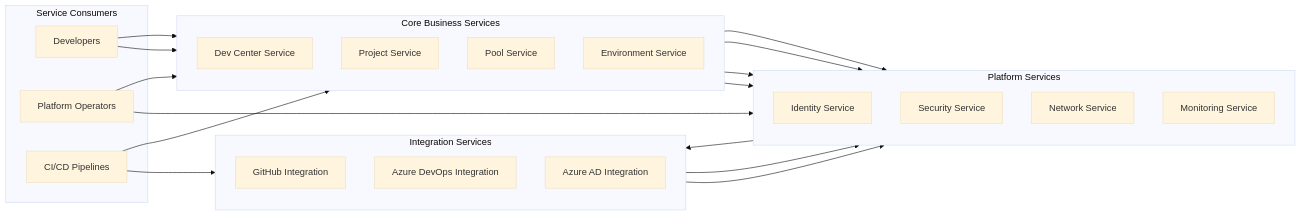
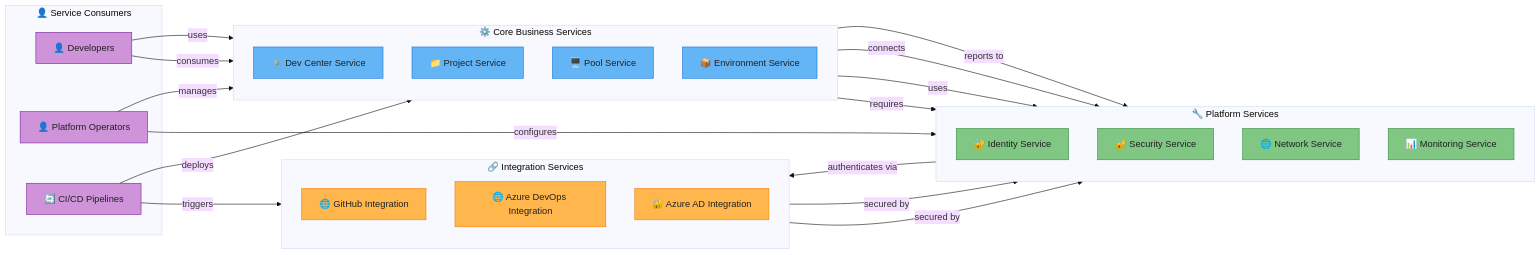
Before and after one commit to Evilazaro/DevExp-DevBox: the fourth of 5 diagrams in docs/architecture/Business.md, drawn with Mermaid (base theme). The commit also changed other lines of this file, not shown here.

Commit message:
docs: enhance Business Architecture diagrams with improved clarity, emoji labels, and Material Design styling

````diff
--- a/docs/architecture/Business.md
+++ b/docs/architecture/Business.md
@@ -284,47 +359,59 @@
 ```mermaid
 flowchart LR
-    subgraph Consumers["Service Consumers"]
-        DEV["Developers"]
-        OPS["Platform Operators"]
-        CICD["CI/CD Pipelines"]
+    direction LR
+
+    subgraph consumers["👤 Service Consumers"]
+        developers["👤 Developers"]
+        platformOps["👤 Platform Operators"]
+        cicdPipelines["🔄 CI/CD Pipelines"]
     end
 
-    subgraph CoreServices["Core Business Services"]
+    subgraph coreServices["⚙️ Core Business Services"]
         direction TB
-        DCS["Dev Center Service"]
-        PJS["Project Service"]
-        PBS["Pool Service"]
-        ENS["Environment Service"]
+        devCenterSvc["⚙️ Dev Center Service"]
+        projectSvc["📁 Project Service"]
+        poolSvc["🖥️ Pool Service"]
+        envSvc["📦 Environment Service"]
     end
 
-    subgraph PlatformServices["Platform Services"]
+    subgraph platformServices["🔧 Platform Services"]
         direction TB
-        IDS["Identity Service"]
-        SES["Security Service"]
-        NES["Network Service"]
-        MOS["Monitoring Service"]
+        identitySvc["🔐 Identity Service"]
+        securitySvc["🔐 Security Service"]
+        networkSvc["🌐 Network Service"]
+        monitoringSvc["📊 Monitoring Service"]
     end
 
-    subgraph IntegrationServices["Integration Services"]
+    subgraph integrationServices["🔗 Integration Services"]
         direction TB
-        GHS["GitHub Integration"]
-        ADS["Azure DevOps Integration"]
-        AAS["Azure AD Integration"]
+        githubIntegration["🌐 GitHub Integration"]
+        adoIntegration["🌐 Azure DevOps Integration"]
+        entraIdIntegration["🔐 Azure AD Integration"]
     end
 
-    DEV --> DCS
-    DEV --> PBS
-    OPS --> PJS
-    OPS --> SES
-    CICD --> ENS
-    CICD --> GHS
+    developers -->|"consumes"| devCenterSvc
+    developers -->|"uses"| poolSvc
+    platformOps -->|"manages"| projectSvc
+    platformOps -->|"configures"| securitySvc
+    cicdPipelines -->|"deploys"| envSvc
+    cicdPipelines -->|"triggers"| githubIntegration
 
-    DCS --> IDS
-    DCS --> SES
-    PJS --> NES
-    PBS --> MOS
+    devCenterSvc -->|"requires"| identitySvc
+    devCenterSvc -->|"uses"| securitySvc
+    projectSvc -->|"connects"| networkSvc
+    poolSvc -->|"reports to"| monitoringSvc
 
-    IDS --> AAS
-    GHS --> SES
-    ADS --> SES
+    identitySvc -->|"authenticates via"| entraIdIntegration
+    githubIntegration -->|"secured by"| securitySvc
+    adoIntegration -->|"secured by"| securitySvc
+
+    classDef consumer fill:#CE93D8,stroke:#7B1FA2,color:#212121
+    classDef coreSvc fill:#64B5F6,stroke:#1976D2,color:#212121
+    classDef platformSvc fill:#81C784,stroke:#388E3C,color:#212121
+    classDef integrationSvc fill:#FFB74D,stroke:#F57C00,color:#212121
+
+    class developers,platformOps,cicdPipelines consumer
+    class devCenterSvc,projectSvc,poolSvc,envSvc coreSvc
+    class identitySvc,securitySvc,networkSvc,monitoringSvc platformSvc
+    class githubIntegration,adoIntegration,entraIdIntegration integrationSvc
 ```
````
